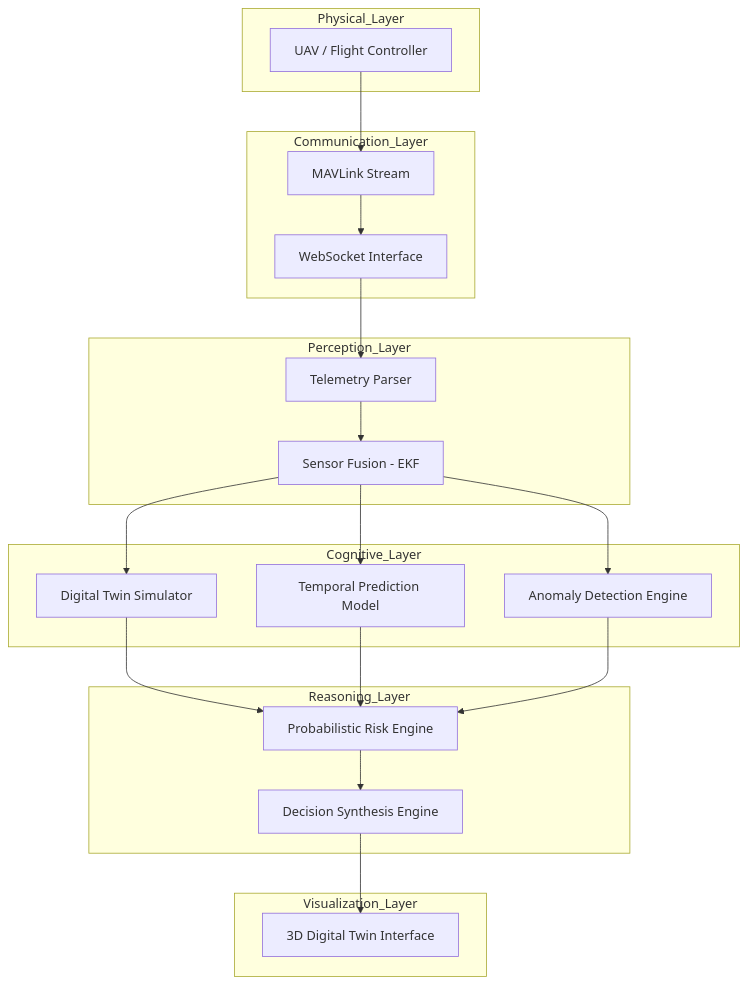
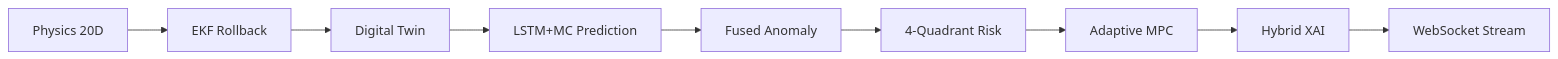
One commit to subhamsje/Drone-N1 changed the diagram in README.md. Above: the diagram before and after it, drawn with Mermaid. The commit also changed other lines of this file and 20628 other files, not shown here.

````diff
--- a/README.md
+++ b/README.md
@@ -25,41 +16,11 @@
 ```mermaid
-flowchart TB
-    subgraph Physical_Layer
-        UAV[UAV / Flight Controller]
-    end
-
-    subgraph Communication_Layer
-        MAV[MAVLink Stream]
-        WS[WebSocket Interface]
-    end
-
-    subgraph Perception_Layer
-        PARSER[Telemetry Parser]
-        FUSION[Sensor Fusion - EKF]
-    end
-
-    subgraph Cognitive_Layer
-        DT[Digital Twin Simulator]
-        PRED[Temporal Prediction Model]
-        ANOM[Anomaly Detection Engine]
-    end
-
-    subgraph Reasoning_Layer
-        RISK[Probabilistic Risk Engine]
-        DEC[Decision Synthesis Engine]
-    end
-
-    subgraph Visualization_Layer
-        UI[3D Digital Twin Interface]
-    end
-
-    UAV --> MAV --> WS --> PARSER --> FUSION
-    FUSION --> DT
-    FUSION --> PRED
-    FUSION --> ANOM
-    DT --> RISK
-    PRED --> RISK
-    ANOM --> RISK
-    RISK --> DEC
-    DEC --> UI
+graph LR
+    P[Physics 20D] --> E[EKF Rollback]
+    E --> DT[Digital Twin]
+    DT --> Pred[LSTM+MC Prediction]
+    Pred --> Anom[Fused Anomaly]
+    Anom --> Risk[4-Quadrant Risk]
+    Risk --> MPC[Adaptive MPC]
+    MPC --> XAI[Hybrid XAI]
+    XAI --> WS[WebSocket Stream]
 ```
````
